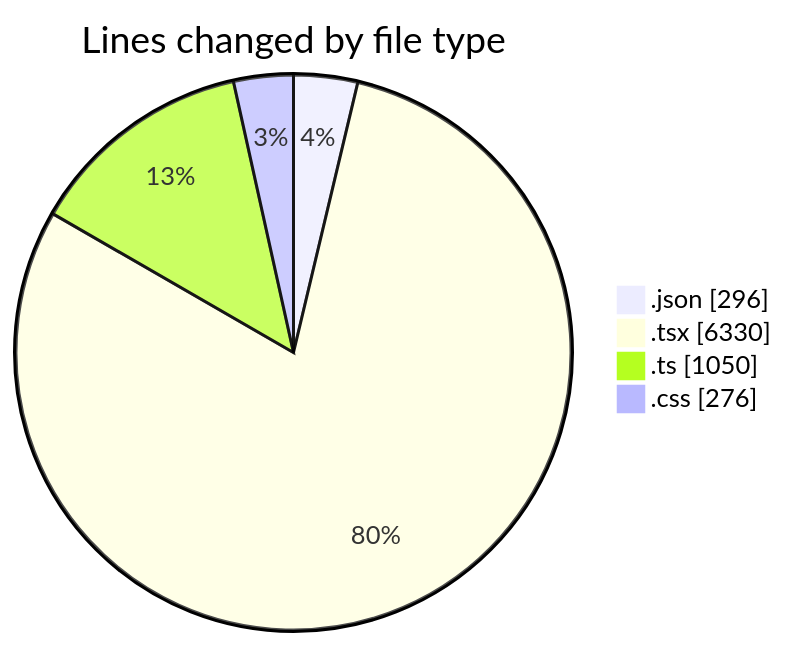
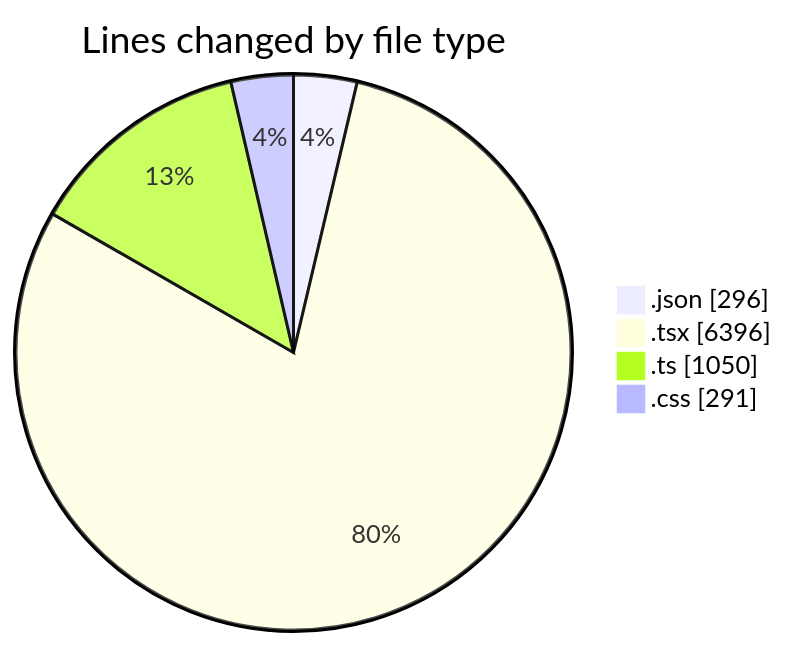
The first of 2 diagrams in 2025-10-07/eventscop-frontend-guide__workspace_/README.md (julien-gomy/code-tracking), drawn with Mermaid before and after one commit. The commit also changed other lines of this file and 1 other file, not shown here.

````diff
--- a/2025-10-07/eventscop-frontend-guide__workspace_/README.md
+++ b/2025-10-07/eventscop-frontend-guide__workspace_/README.md
@@ -63,8 +64,8 @@
 ```mermaid
 pie showData
 title Lines changed by file type
 ".json" : 296
-".tsx" : 6330
+".tsx" : 6396
 ".ts" : 1050
-".css" : 276
+".css" : 291
 ```
````
